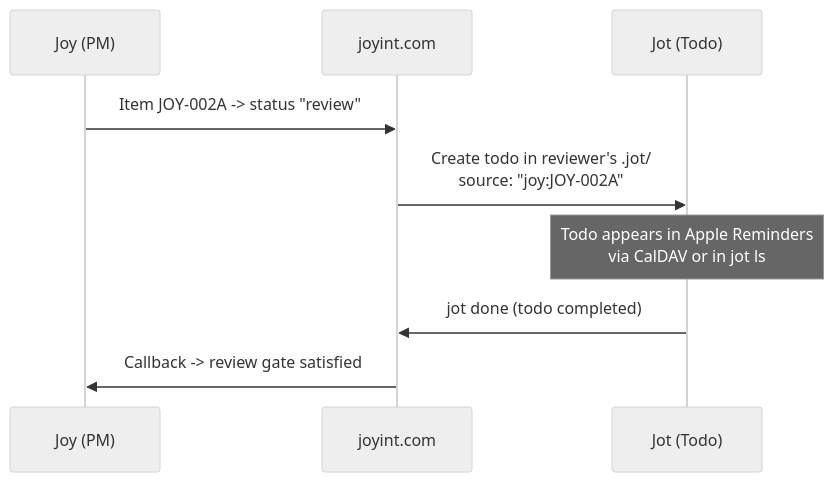
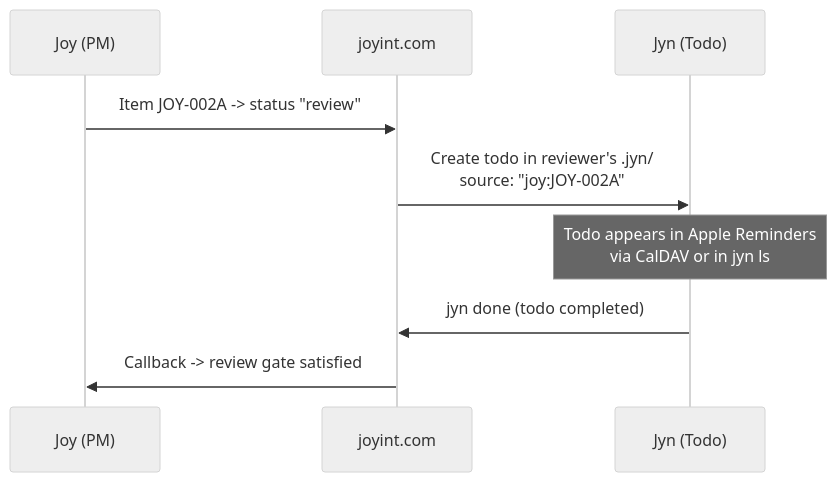
The second of 2 diagrams in docs/dev/vision/README.md (joyint/joy), drawn with Mermaid (neutral theme) before and after one commit. The commit also changed other lines of this file and 2 other files, not shown here.

First line of the commit message:
chore: update jot references to jyn across joy [no-item]

````diff
--- a/docs/dev/vision/README.md
+++ b/docs/dev/vision/README.md
@@ -566,12 +566,12 @@
 ```mermaid
 sequenceDiagram
     participant J as Joy (PM)
     participant S as joyint.com
-    participant T as Jot (Todo)
+    participant T as Jyn (Todo)
 
     J->>S: Item JOY-002A -> status "review"
-    S->>T: Create todo in reviewer's .jot/<br/>source: "joy:JOY-002A"
-    Note over T: Todo appears in Apple Reminders<br/>via CalDAV or in jot ls
-    T->>S: jot done (todo completed)
+    S->>T: Create todo in reviewer's .jyn/<br/>source: "joy:JOY-002A"
+    Note over T: Todo appears in Apple Reminders<br/>via CalDAV or in jyn ls
+    T->>S: jyn done (todo completed)
     S->>J: Callback -> review gate satisfied
 ```
````
